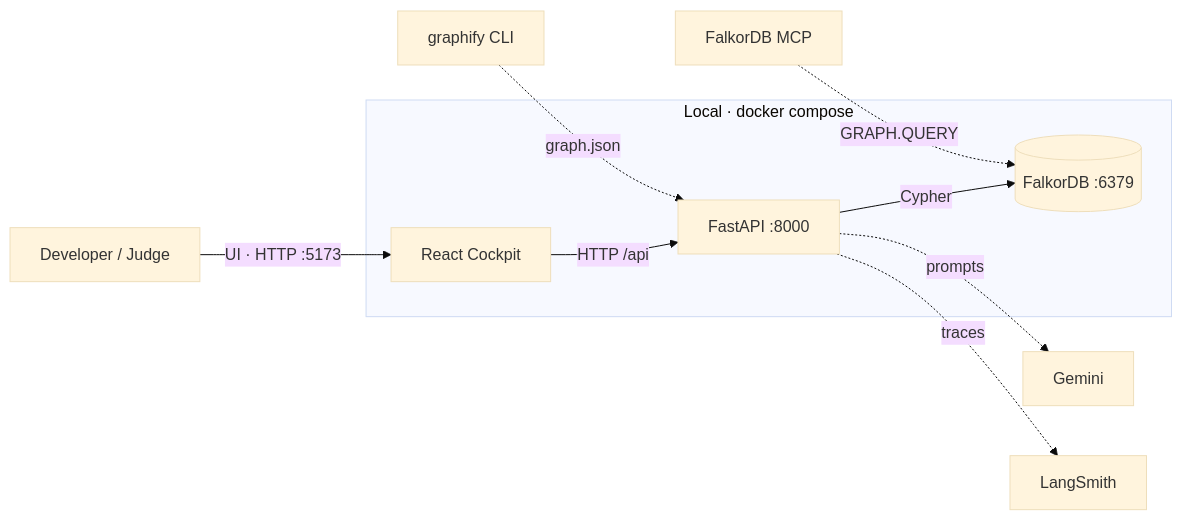
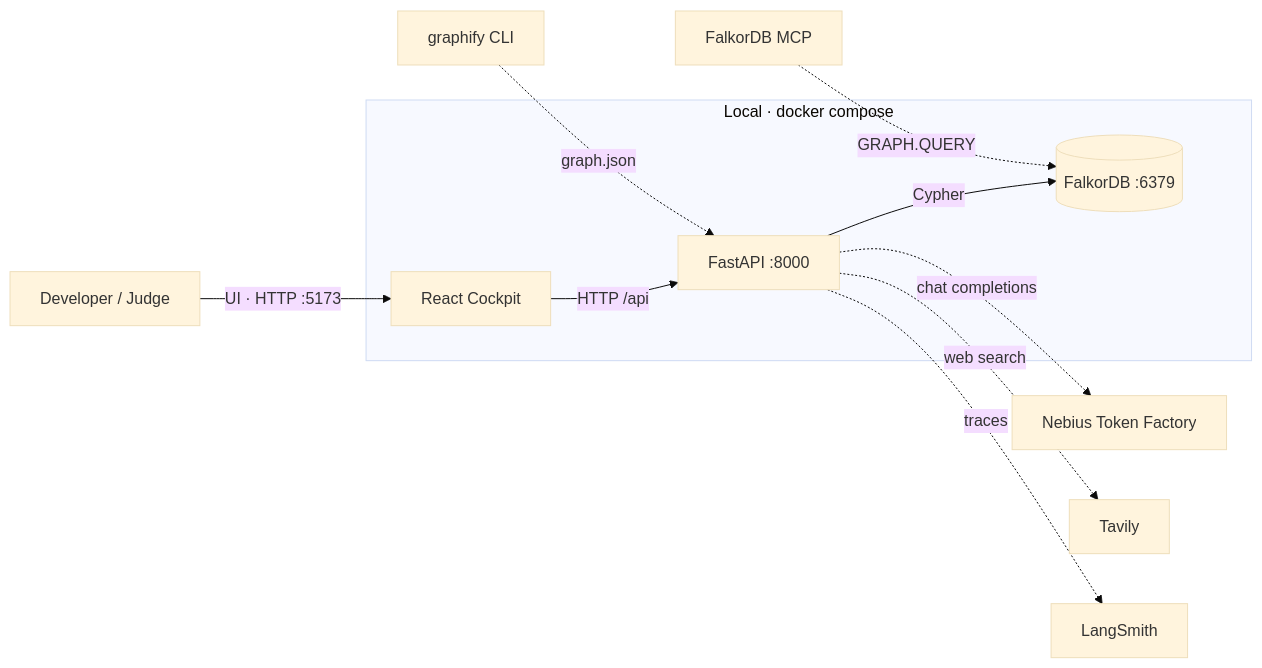
One commit to shyler-web/GraphHacks changed the diagram in README.md. Above: the diagram before and after it, drawn with Mermaid (base theme). The commit also changed other lines of this file, not shown here.

````diff
--- a/README.md
+++ b/README.md
@@ -31,15 +66,16 @@
 ```mermaid
 flowchart LR
   U["Developer / Judge"] -->|"UI · HTTP :5173"| C["React Cockpit"]
   C -->|"HTTP /api"| B["FastAPI :8000"]
   B -->|"Cypher"| F[("FalkorDB :6379")]
   G["graphify CLI"] -.->|"graph.json"| B
   M["FalkorDB MCP"] -.->|"GRAPH.QUERY"| F
-  B -.->|"prompts"| LLM["Gemini"]
+  B -.->|"chat completions"| LLM["Nebius Token Factory"]
+  B -.->|"web search"| TV["Tavily"]
   B -.->|"traces"| LS["LangSmith"]
   subgraph local["Local · docker compose"]
     C
     B
     F
   end
 ```
````
